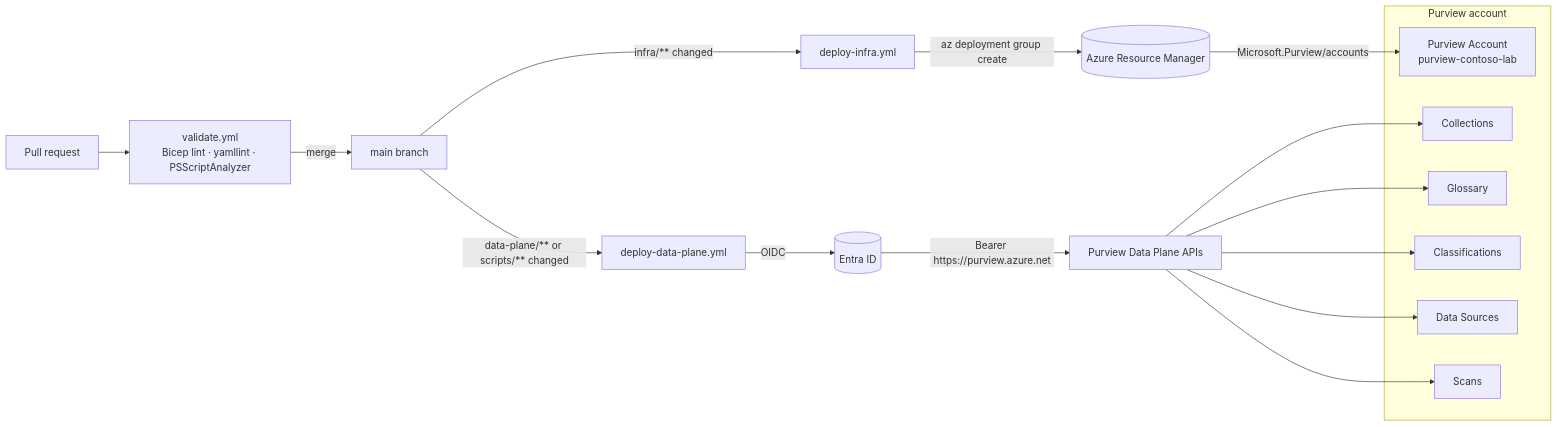
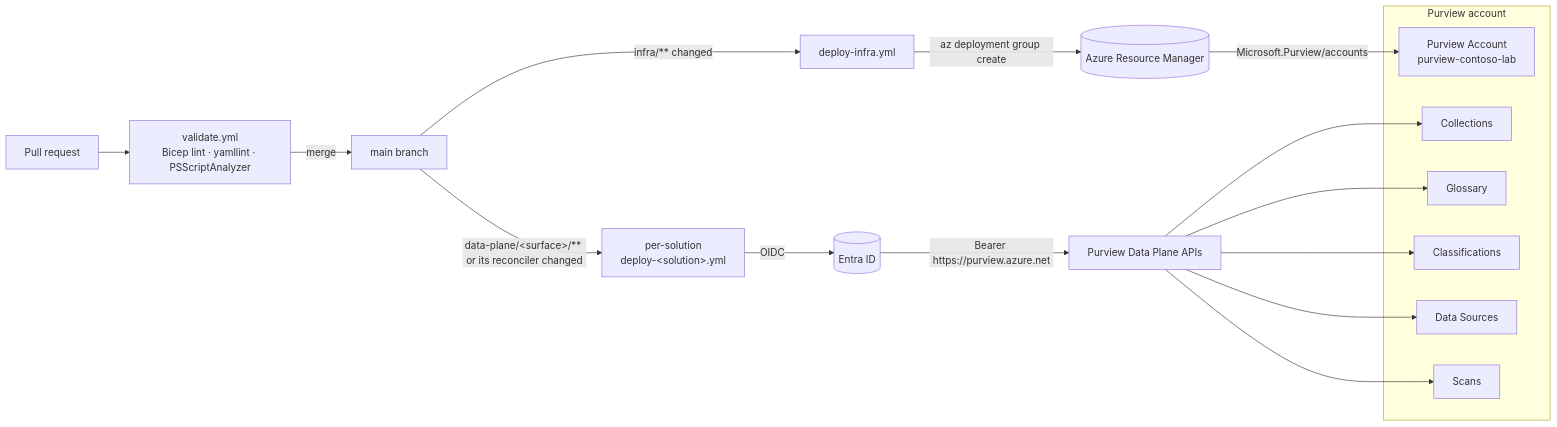
Before and after one commit to marcusjacobson/Purview-as-Code: the diagram in docs/architecture.md, drawn with Mermaid. The commit also changed other lines of this file and 4 other files, not shown here.

First line of the commit message:
fix(docs): repoint flagship docs off the retired deploy-data-plane.yml

````diff
--- a/docs/architecture.md
+++ b/docs/architecture.md
@@ -5,27 +5,27 @@
 ```mermaid
 flowchart LR
     PR[Pull request] --> Validate[validate.yml<br/>Bicep lint · yamllint · PSScriptAnalyzer]
     Validate -->|merge| Main[main branch]
     Main -->|infra/** changed| Infra[deploy-infra.yml]
-    Main -->|data-plane/** or scripts/** changed| Data[deploy-data-plane.yml]
+    Main -->|data-plane/&lt;surface&gt;/** or its reconciler changed| Data[per-solution<br/>deploy-&lt;solution&gt;.yml]
 
     Infra -->|az deployment group create| ARM[(Azure Resource Manager)]
     ARM -->|Microsoft.Purview/accounts| Account[Purview Account<br/>purview-contoso-lab]
 
     Data -->|OIDC| Entra[(Entra ID)]
     Entra -->|Bearer https://purview.azure.net| DP[Purview Data Plane APIs]
     DP --> Collections
     DP --> Glossary
     DP --> Classifications
     DP --> Sources[Data Sources]
     DP --> Scans
 
     subgraph Purview account
         Account
         Collections
         Glossary
         Classifications
         Sources
         Scans
     end
 ```
````
